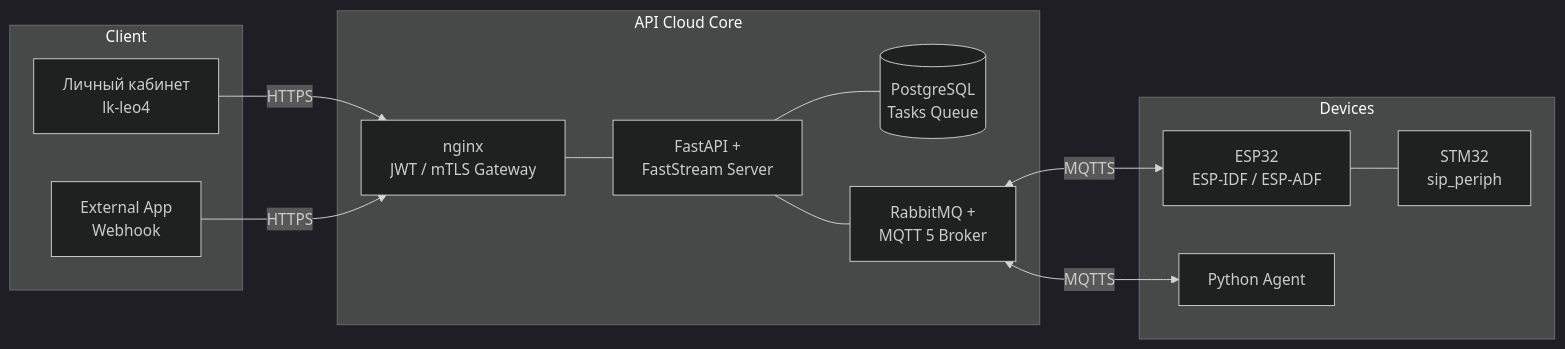
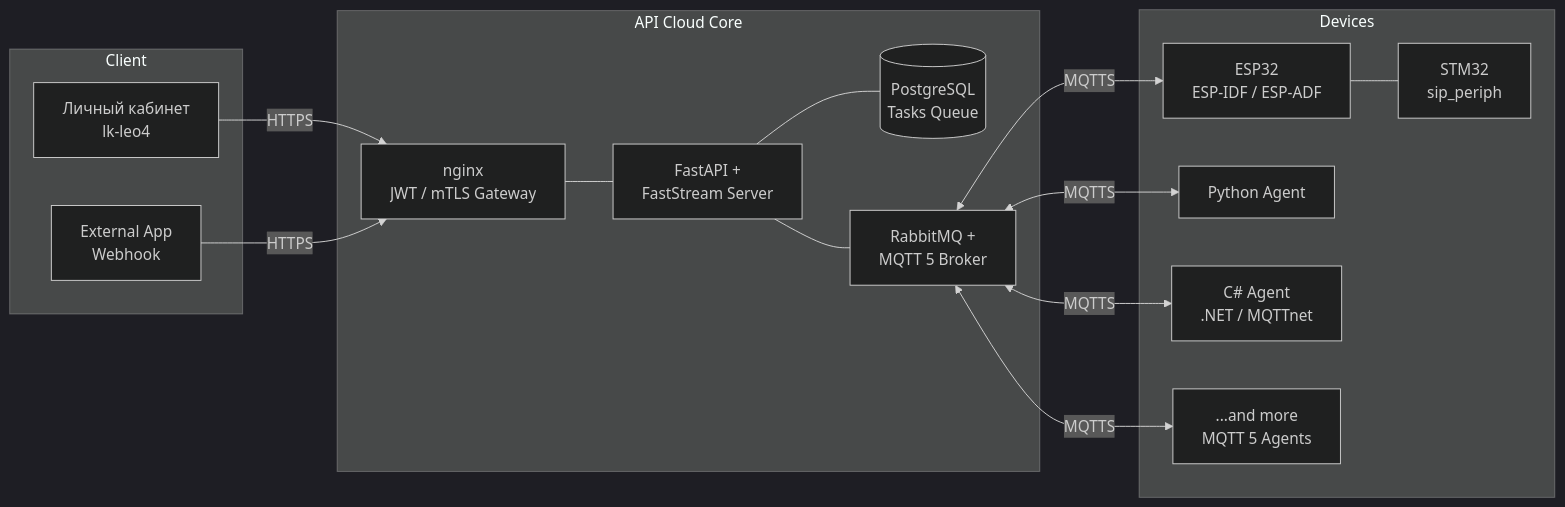
Before and after one commit to OlegLebedevRU/iot-rpc-rest-app: the first of 11 diagrams in docs/solution-presentation.md, drawn with Mermaid (dark theme). The commit also changed other lines of this file, not shown here.

````diff
--- a/docs/solution-presentation.md
+++ b/docs/solution-presentation.md
@@ -30,29 +30,33 @@
 ```mermaid
 flowchart LR
     subgraph Client
         LK["Личный кабинет<br/>lk-leo4"]
         EXTAPP["External App<br/>Webhook"]
     end
 
     subgraph Core ["API Cloud Core"]
         GW["nginx<br/>JWT / mTLS Gateway"]
         SERVER["FastAPI +<br/>FastStream Server"]
         DB[("PostgreSQL<br/>Tasks Queue")]
         BROKER["RabbitMQ +<br/>MQTT 5 Broker"]
         GW --- SERVER
         SERVER --- DB
         SERVER --- BROKER
     end
 
     subgraph Devices
         ESP["ESP32<br/>ESP-IDF / ESP-ADF"]
         STM["STM32<br/>sip_periph"]
         PYAGENT["Python Agent"]
+        CSAGENT["C# Agent<br/>.NET / MQTTnet"]
+        MORE["...and more<br/>MQTT 5 Agents"]
         ESP --- STM
     end
 
     LK -->|HTTPS| GW
     EXTAPP -->|HTTPS| GW
     BROKER <-->|MQTTS| ESP
     BROKER <-->|MQTTS| PYAGENT
+    BROKER <-->|MQTTS| CSAGENT
+    BROKER <-->|MQTTS| MORE
 ```
````
